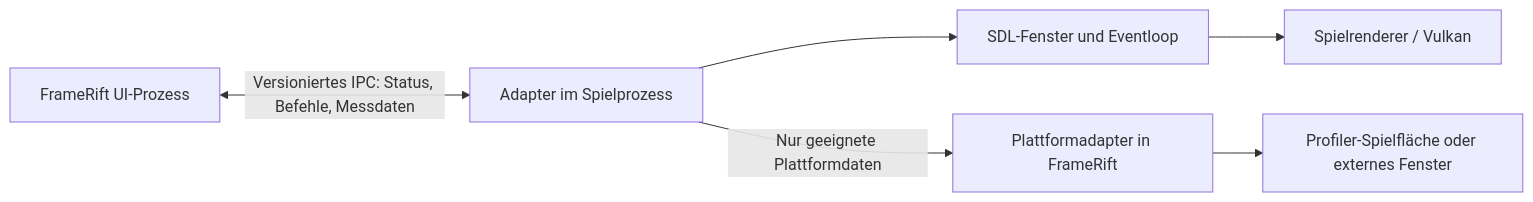
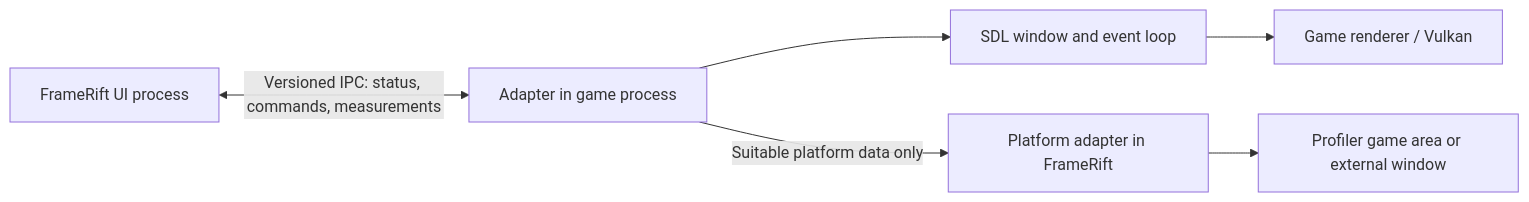
Before and after one commit to MichalSy/FrameRift: the diagram in docs/game-window-integration.md, drawn with Mermaid. The commit also changed other lines of this file and 26 other files, not shown here.

````diff
--- a/docs/game-window-integration.md
+++ b/docs/game-window-integration.md
@@ -13,8 +20,8 @@
 ```mermaid
 flowchart LR
-    UI[FrameRift UI-Prozess] <-->|Versioniertes IPC: Status, Befehle, Messdaten| Adapter[Adapter im Spielprozess]
-    Adapter --> SDL[SDL-Fenster und Eventloop]
-    SDL --> GPU[Spielrenderer / Vulkan]
-    Adapter -->|Nur geeignete Plattformdaten| Host[Plattformadapter in FrameRift]
-    Host --> View[Profiler-Spielfläche oder externes Fenster]
+    UI[FrameRift UI process] <-->|Versioned IPC: status, commands, measurements| Adapter[Adapter in game process]
+    Adapter --> SDL[SDL window and event loop]
+    SDL --> GPU[Game renderer / Vulkan]
+    Adapter -->|Suitable platform data only| Host[Platform adapter in FrameRift]
+    Host --> View[Profiler game area or external window]
 ```
````
